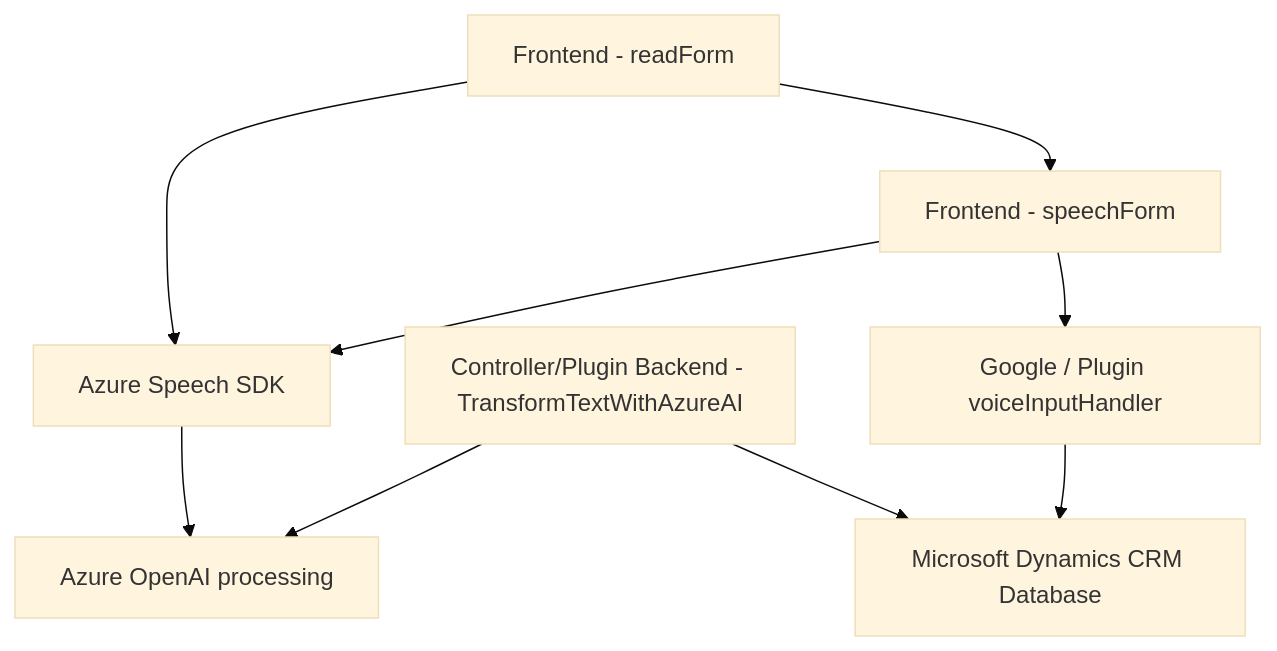
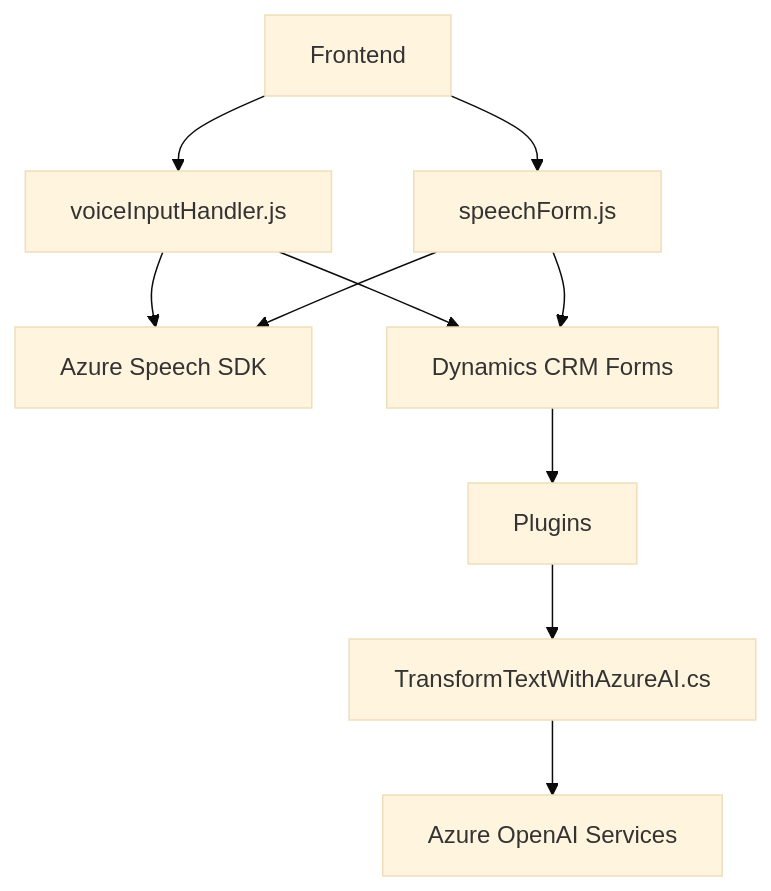
The diagram in README.md (blopezdm/NETCORE_BILBAO2025), drawn with Mermaid (base theme) before and after one commit. The commit also changed other lines of this file, not shown here.

````diff
--- a/README.md
+++ b/README.md
@@ -55,11 +34,21 @@
 ```mermaid
 graph TD
-A["Frontend - readForm"] --> B["Frontend - speechForm"]
-B --> C["Azure Speech SDK"]
-A --> C
-B --> D["Google / Plugin voiceInputHandler"]
-E["Controller/Plugin Backend - TransformTextWithAzureAI"] --> F["Azure OpenAI API"]
-C --> F["Azure OpenAI processing"]
-D --> G["Microsoft Dynamics CRM Database"]
-E --> G["Microsoft Dynamics CRM Database"]
+    A["Frontend"]
+    B["voiceInputHandler.js"]
+    C["speechForm.js"]
+    D["Azure Speech SDK"]
+    E["Dynamics CRM Forms"]
+    F["Plugins"]
+    G["TransformTextWithAzureAI.cs"]
+    H["Azure OpenAI Services"]
+
+    A --> B
+    A --> C
+    B --> D
+    C --> D
+    B --> E
+    C --> E
+    E --> F
+    F --> G
+    G --> H
 ```
````
